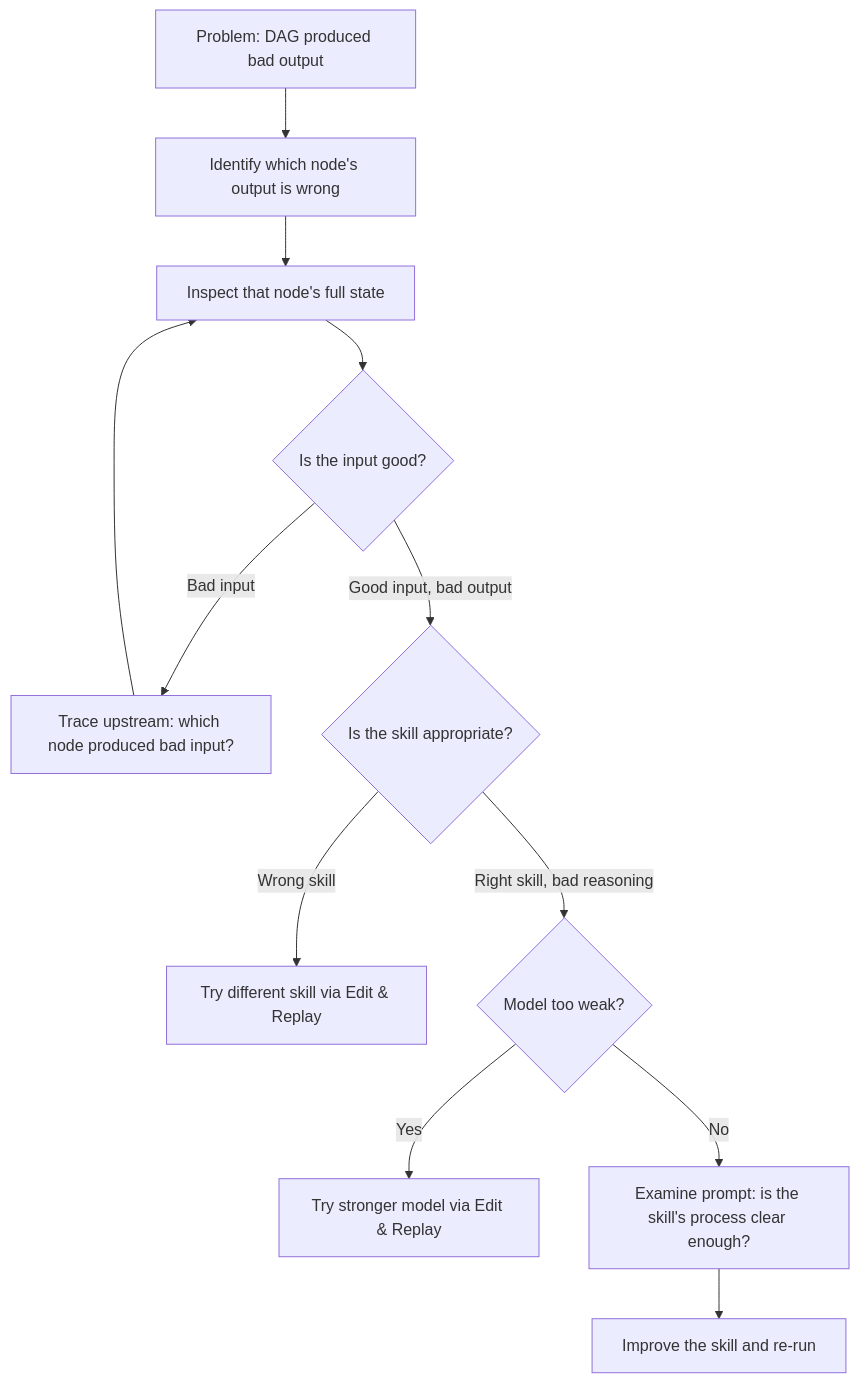
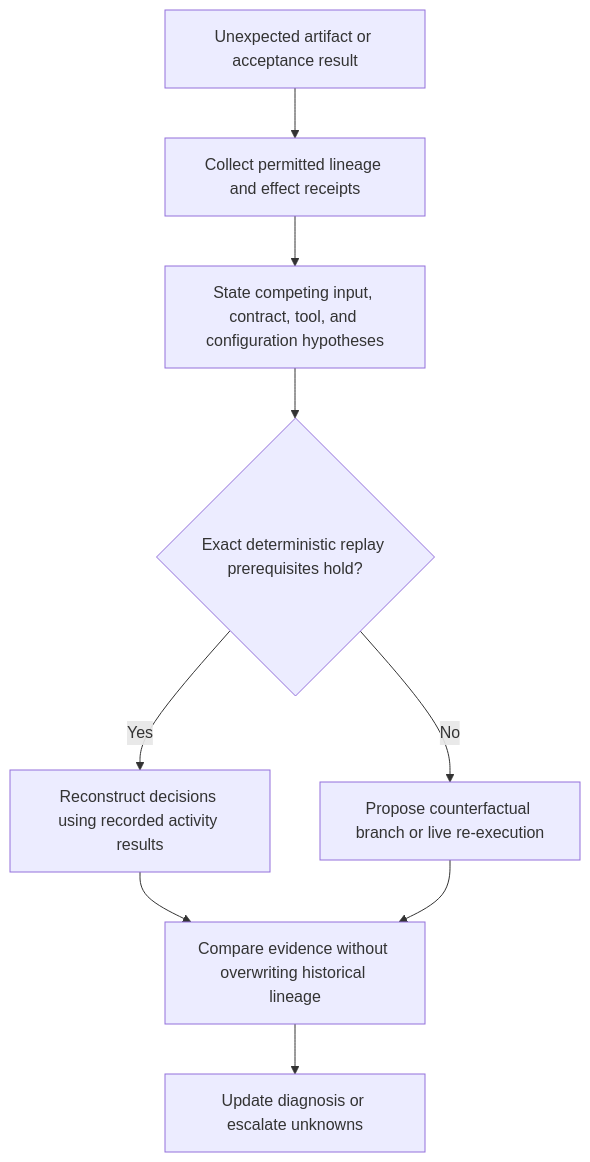
One commit to curiositech/port-daddy changed the fourth of 4 diagrams in skills/dag-replay-debugger/SKILL.md. Above: the diagram before and after it, drawn with Mermaid. The commit also changed other lines of this file and 1782 other files, not shown here.

````diff
--- a/skills/dag-replay-debugger/SKILL.md
+++ b/skills/dag-replay-debugger/SKILL.md
@@ -130,14 +120,11 @@
 ```mermaid
 flowchart TD
-  P[Problem: DAG produced bad output] --> I[Identify which node's output is wrong]
-  I --> S[Inspect that node's full state]
-  S --> Q{Is the input good?}
-  Q -->|Bad input| U[Trace upstream: which node produced bad input?]
-  U --> S
-  Q -->|Good input, bad output| R{Is the skill appropriate?}
-  R -->|Wrong skill| SK[Try different skill via Edit & Replay]
-  R -->|Right skill, bad reasoning| M{Model too weak?}
-  M -->|Yes| MU[Try stronger model via Edit & Replay]
-  M -->|No| PR[Examine prompt: is the skill's process clear enough?]
-  PR --> FIX[Improve the skill and re-run]
+  P[Unexpected artifact or acceptance result] --> I[Collect permitted lineage and effect receipts]
+  I --> S[State competing input, contract, tool, and configuration hypotheses]
+  S --> Q{Exact deterministic replay prerequisites hold?}
+  Q -->|Yes| R[Reconstruct decisions using recorded activity results]
+  Q -->|No| C[Propose counterfactual branch or live re-execution]
+  R --> E[Compare evidence without overwriting historical lineage]
+  C --> E
+  E --> F[Update diagnosis or escalate unknowns]
 ```
````
